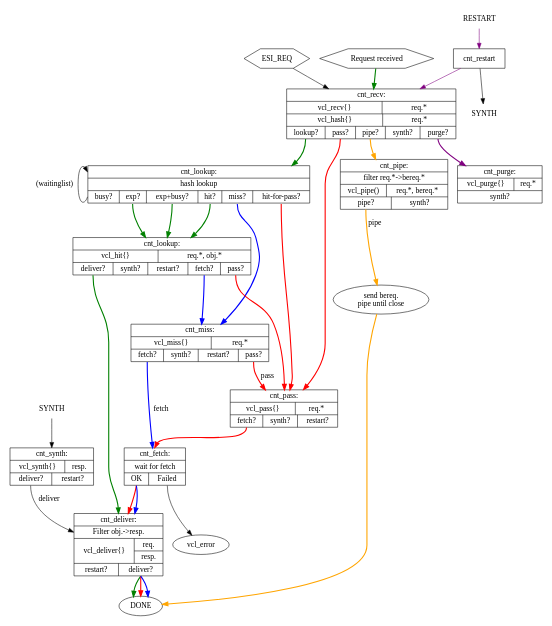
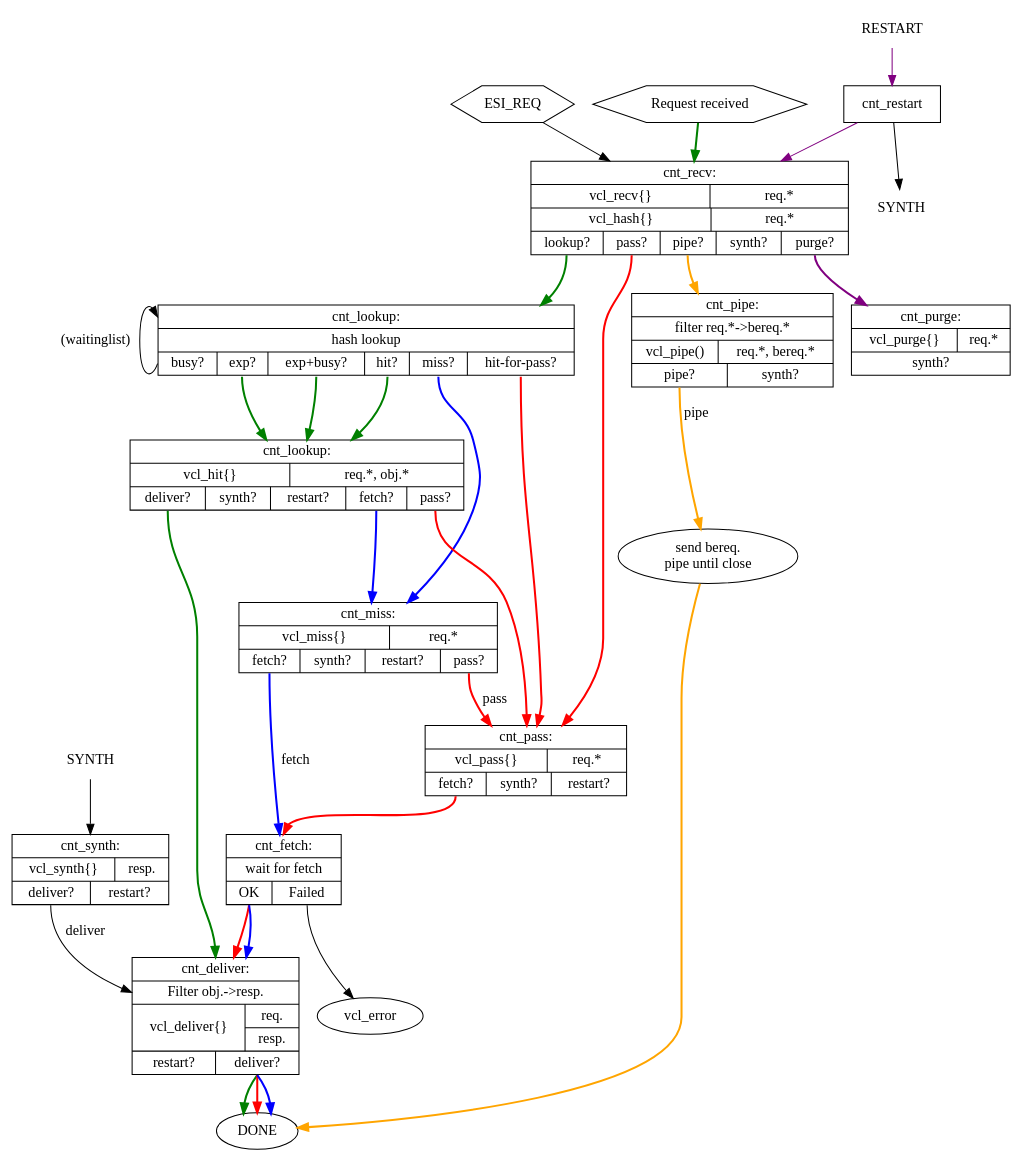
One commit to varnishcache/varnish-cache changed the diagram in doc/graphviz/cache_req_fsm.dot. Above: the diagram before and after it, drawn with Graphviz. The commit also changed 1 other file, not shown here.

Commit message:
remove size params - they are set in the Makefile now

```diff
--- a/doc/graphviz/cache_req_fsm.dot
+++ b/doc/graphviz/cache_req_fsm.dot
@@ -1,111 +1,110 @@
  digraph vcl_center {
-	size="7.2,10.5"
 	margin="0.5"
 	center="1"
  acceptor [
 	shape=hexagon
 	label="Request received"
  ]
  ESI_REQ [ shape=hexagon ]
  ESI_REQ -> recv
  SYNTH [shape=plaintext]
  RESTART [shape=plaintext]
  acceptor -> recv [style=bold,color=green]
 	deliver [
 		shape=record
 		label="{cnt_deliver:|Filter obj.-\>resp.|{vcl_deliver\{\}|{req.|resp.}}|{restart?|<deliver>deliver?}}"
 	]
  deliver:deliver:s -> DONE [style=bold,color=green]
  deliver:deliver:s -> DONE [style=bold,color=red]
  deliver:deliver:s -> DONE [style=bold,color=blue]
  subgraph xcluster_synth {
 	synth [
 		shape=record
 		label="{cnt_synth:|{vcl_synth\{\}|resp.}|{<del>deliver?|<restart>restart?}}"
 	]
 	SYNTH -> synth
 	synth:del:s -> deliver [label=deliver]
  }
  subgraph xcluster_body {
 	fetch [
 		shape=record
 		label="{cnt_fetch:|wait for fetch|{<ok>OK|<err>Failed}}"
 	]
  }
  fetch:ok:s -> deliver [style=bold,color=red]
  fetch:ok:s -> deliver [style=bold,color=blue]
  fetch:err:s -> vcl_error
  subgraph xcluster_lookup {
 	lookup [
 		shape=record
 		label="{<top>cnt_lookup:|hash lookup|{<busy>busy?|<e>exp?|<eb>exp+busy?|<h>hit?|<miss>miss?|<hfp>hit-for-pass?}}"
 	]
 	lookup2 [
 		shape=record
 		label="{<top>cnt_lookup:|{vcl_hit\{\}|req.*, obj.*}|{<deliver>deliver?|synth?|restart?|<fetch>fetch?|<pass>pass?}}"
 	]
  }
  lookup:busy:w -> lookup:top:w [label="(waitinglist)"]
  lookup:miss:s -> miss [style=bold,color=blue]
  lookup:hfp:s -> pass [style=bold,color=red]
  lookup:e:s -> lookup2 [style=bold,color=green]
  lookup:eb:s -> lookup2 [style=bold,color=green]
  lookup:h:s -> lookup2 [style=bold,color=green]
  lookup2:pass:s -> pass [style=bold,color=red]
  lookup2:fetch:s -> miss [style=bold,color=blue]
  lookup2:deliver:s -> deliver:n [style=bold,color=green]
  subgraph xcluster_miss {
 	miss [
 		shape=record
 		label="{cnt_miss:|{vcl_miss\{\}|req.*}|{<fetch>fetch?|<synth>synth?|<rst>restart?|<pass>pass?}}"
 	]
  }
  miss:fetch:s -> fetch [label="fetch",style=bold,color=blue]
  miss:pass:s -> pass [label="pass",style=bold,color=red]
 
  subgraph xcluster_pass {
 	pass [
 		shape=record
 		label="{cnt_pass:|{vcl_pass\{\}|req.*}|{<fetch>fetch?|<synth>synth?|<rst>restart?}}"
 	]
  }
  pass:fetch:s -> fetch:n [style=bold, color=red]
  subgraph xcluster_pipe {
 	pipe [
 		shape=record
 		label="{cnt_pipe:|filter req.*-\>bereq.*|{vcl_pipe()|req.*, bereq\.*}|{<pipe>pipe?|<synth>synth?}}"
 	]
 	pipe_do [
 		shape=ellipse
 		label="send bereq.\npipe until close"
 	]
 	pipe:pipe -> pipe_do [label="pipe",style=bold,color=orange]
  }
  pipe_do -> DONE [style=bold,color=orange]
  subgraph xcluster_restart {
 	restart [
 		shape=record
 		label="{cnt_restart}"
 	]
  }
  RESTART -> restart [color=purple]
  restart -> recv [color=purple]
  restart -> err_restart
  err_restart [label="SYNTH",shape=plaintext]
  subgraph xcluster_recv {
 	recv [
 		shape=record
 		label="{cnt_recv:|{vcl_recv\{\}|req.*}|{vcl_hash\{\}|req.*}|{<lookup>lookup?|<pass>pass?|<pipe>pipe?|<synth>synth?|<purge>purge?}}"
 	]
  }
  recv:pipe -> pipe [style=bold,color=orange]
  recv:pass -> pass [style=bold,color=red]
  recv:lookup:s -> lookup [style=bold,color=green]
  recv:purge:s -> purge [style=bold,color=purple]
  subgraph xcluster_purge {
 	purge [
 		shape=record
 		label="{cnt_purge:|{vcl_purge\{\}|req.*}|{<synth>synth?}}"
 	]
  }
  }
```
